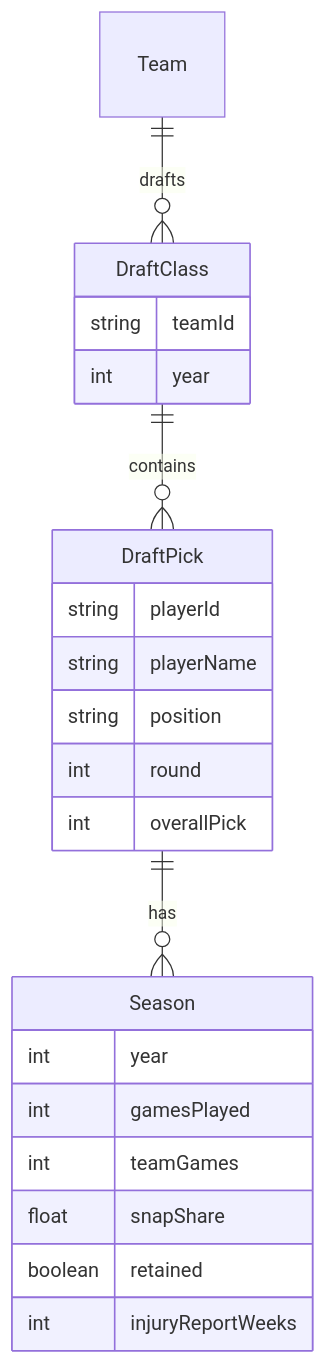
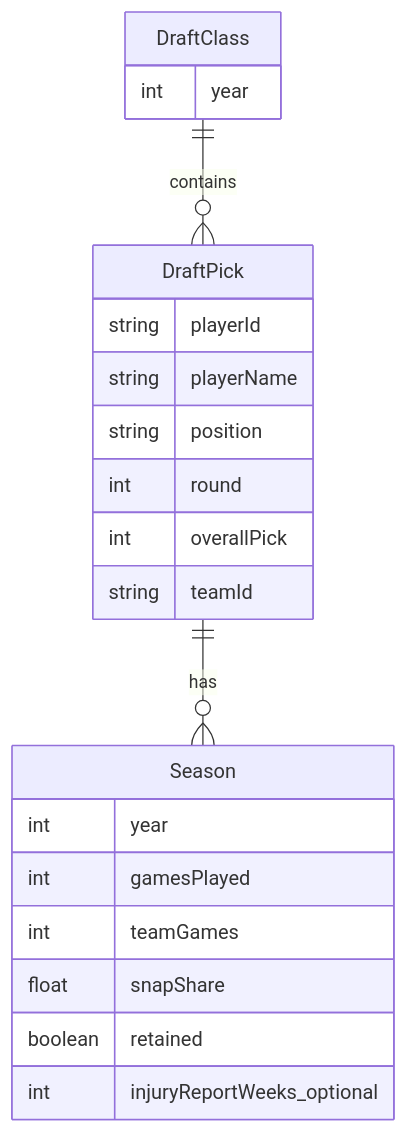
Before and after one commit to ttu/nfl-draft-success: the diagram in docs/datamodel.md, drawn with Mermaid. The commit also changed other lines of this file and 7 other files, not shown here.

````diff
--- a/docs/datamodel.md
+++ b/docs/datamodel.md
@@ -7,28 +7,27 @@
 ```mermaid
 erDiagram
     DraftClass ||--o{ DraftPick : contains
     DraftPick ||--o{ Season : has
-    Team ||--o{ DraftClass : drafts
 
     DraftClass {
-        string teamId
         int year
     }
 
     DraftPick {
         string playerId
         string playerName
         string position
         int round
         int overallPick
+        string teamId
     }
 
     Season {
         int year
         int gamesPlayed
         int teamGames
         float snapShare
         boolean retained
-        int injuryReportWeeks
+        int injuryReportWeeks_optional
     }
 ```
````
